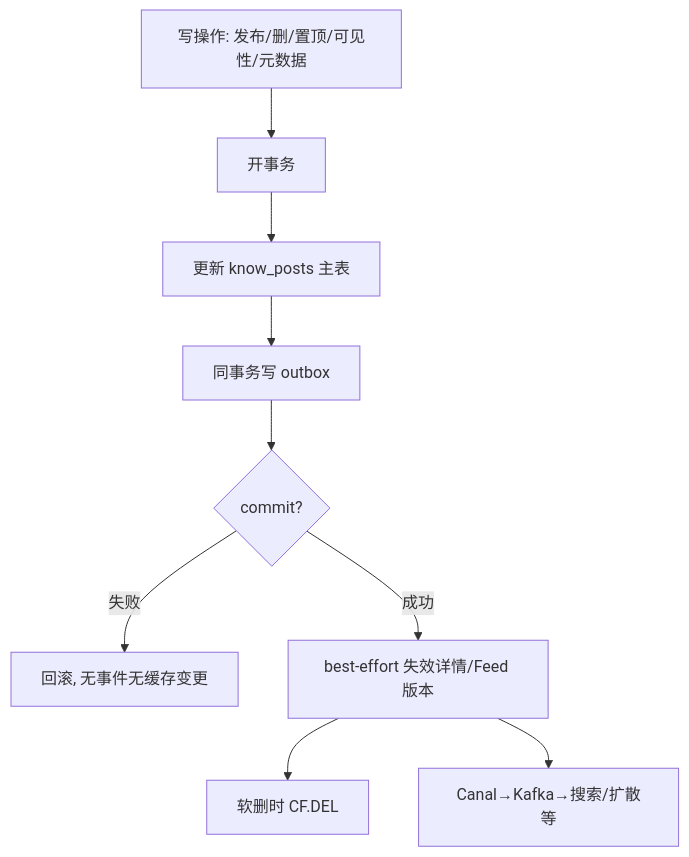
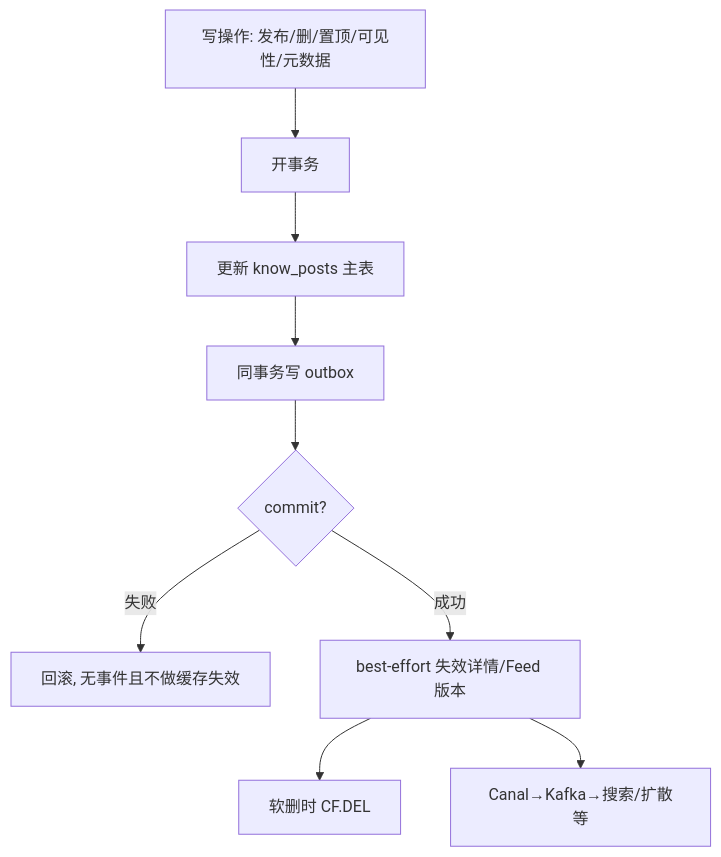
The first of 16 diagrams in docs/modules/04-知文内容缓存与Feed模块.md (bitladykiller/zhiguang_go), drawn with Mermaid before and after one commit. The commit also changed other lines of this file and 11 other files, not shown here.

Commit message:
docs: 架构文档增强与纵向流程图

````diff
--- a/docs/modules/04-知文内容缓存与Feed模块.md
+++ b/docs/modules/04-知文内容缓存与Feed模块.md
@@ -78,11 +105,11 @@
 ```mermaid
 flowchart TD
     A[写操作: 发布/删/置顶/可见性/元数据] --> B[开事务]
     B --> C[更新 know_posts 主表]
     C --> D[同事务写 outbox]
     D --> E{commit?}
-    E -->|失败| X[回滚, 无事件无缓存变更]
+    E -->|失败| X[回滚, 无事件且不做缓存失效]
     E -->|成功| F[best-effort 失效详情/Feed 版本]
     F --> G[软删时 CF.DEL]
     F --> H[Canal→Kafka→搜索/扩散等]
 ```
````
